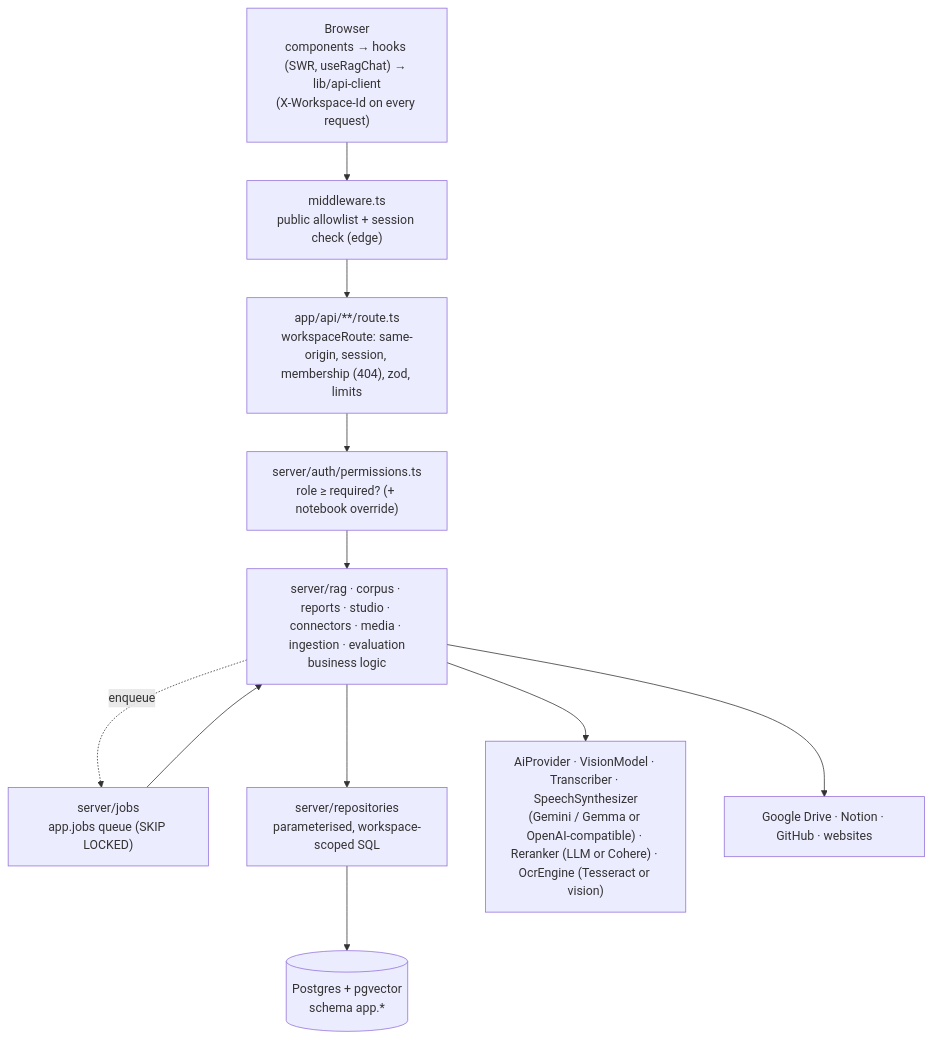
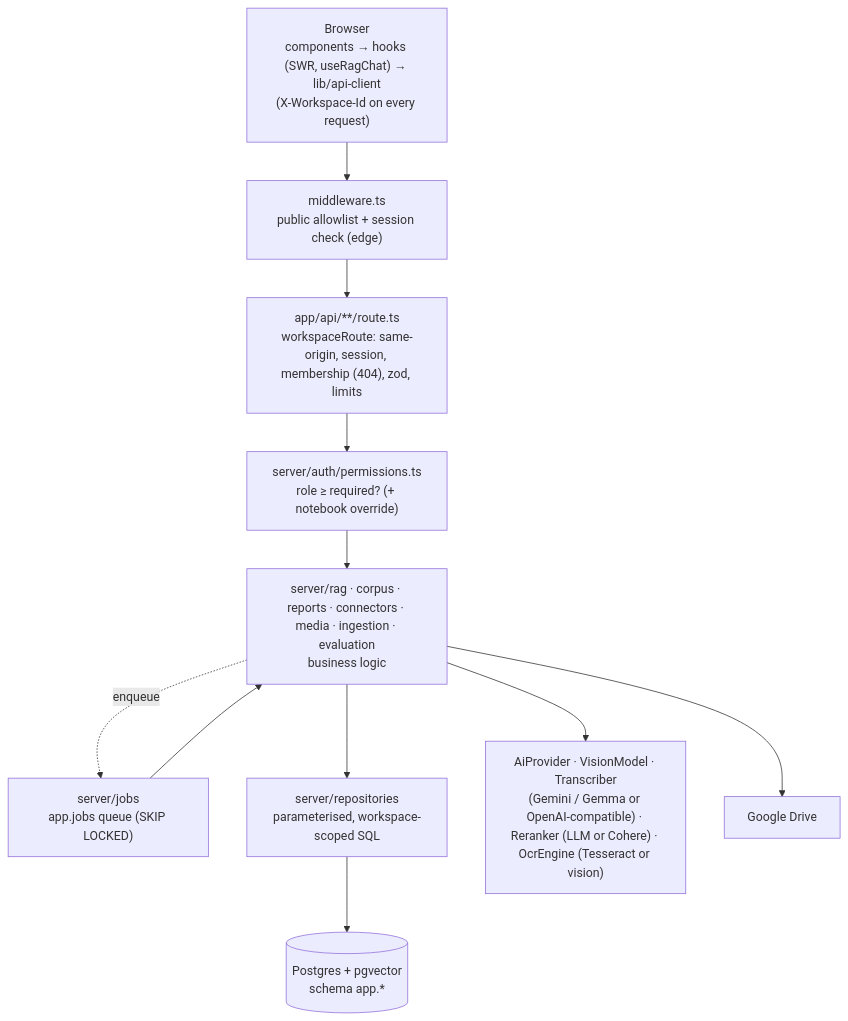
One commit to ankityadav1asia/Corpus changed the first of 3 diagrams in docs/ARCHITECTURE.md. Above: the diagram before and after it, drawn with Mermaid. The commit also changed other lines of this file and 114 other files, not shown here.

First line of the commit message:
Remove audio overviews, mind maps, voice chat, Slack, benchmarks and three connectors

````diff
--- a/docs/ARCHITECTURE.md
+++ b/docs/ARCHITECTURE.md
@@ -71,17 +69,17 @@
 ```mermaid
 flowchart TD
   Browser["Browser<br/>components → hooks (SWR, useRagChat) → lib/api-client<br/>(X-Workspace-Id on every request)"]
   MW["middleware.ts<br/>public allowlist + session check (edge)"]
   Route["app/api/**/route.ts<br/>workspaceRoute: same-origin, session, membership (404), zod, limits"]
   Perm["server/auth/permissions.ts<br/>role ≥ required? (+ notebook override)"]
-  Services["server/rag · corpus · reports · studio · connectors · media · ingestion · evaluation<br/>business logic"]
+  Services["server/rag · corpus · reports · connectors · media · ingestion · evaluation<br/>business logic"]
   Jobs["server/jobs<br/>app.jobs queue (SKIP LOCKED)"]
   Repos["server/repositories<br/>parameterised, workspace-scoped SQL"]
   DB[("Postgres + pgvector<br/>schema app.*")]
-  AI["AiProvider · VisionModel · Transcriber · SpeechSynthesizer<br/>(Gemini / Gemma or OpenAI-compatible) · Reranker (LLM or Cohere) · OcrEngine (Tesseract or vision)"]
-  Apps["Google Drive · Notion · GitHub · websites"]
+  AI["AiProvider · VisionModel · Transcriber<br/>(Gemini / Gemma or OpenAI-compatible) · Reranker (LLM or Cohere) · OcrEngine (Tesseract or vision)"]
+  Apps["Google Drive"]
   Browser --> MW --> Route --> Perm --> Services --> Repos --> DB
   Services --> AI
   Services --> Apps
   Services -. enqueue .-> Jobs --> Services
 ```
````
